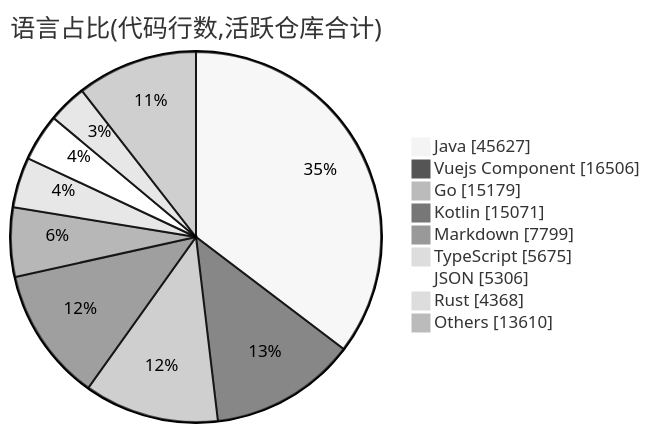
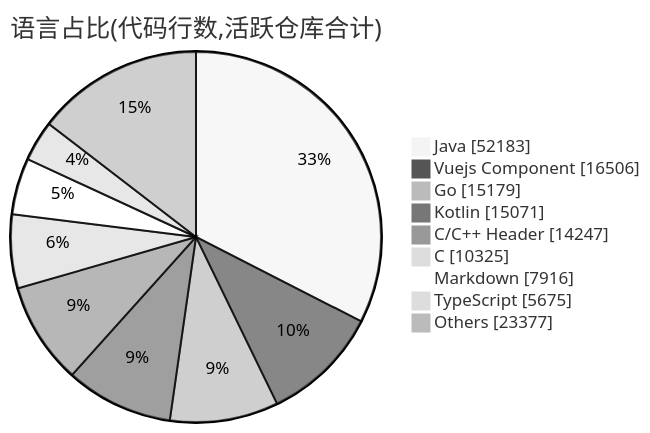
One commit to Conflux-Union/.github changed the second of 2 diagrams in profile/README.md. Above: the diagram before and after it, drawn with Mermaid (neutral theme). The commit also changed other lines of this file and 1 other file, not shown here.

````diff
--- a/profile/README.md
+++ b/profile/README.md
@@ -74,13 +74,13 @@
 ```mermaid
 pie showData
     title 语言占比(代码行数,活跃仓库合计)
-    "Java" : 45627
+    "Java" : 52183
     "Vuejs Component" : 16506
     "Go" : 15179
     "Kotlin" : 15071
-    "Markdown" : 7799
+    "C/C++ Header" : 14247
+    "C" : 10325
+    "Markdown" : 7916
     "TypeScript" : 5675
-    "JSON" : 5306
-    "Rust" : 4368
-    "Others" : 13610
+    "Others" : 23377
 ```
````
